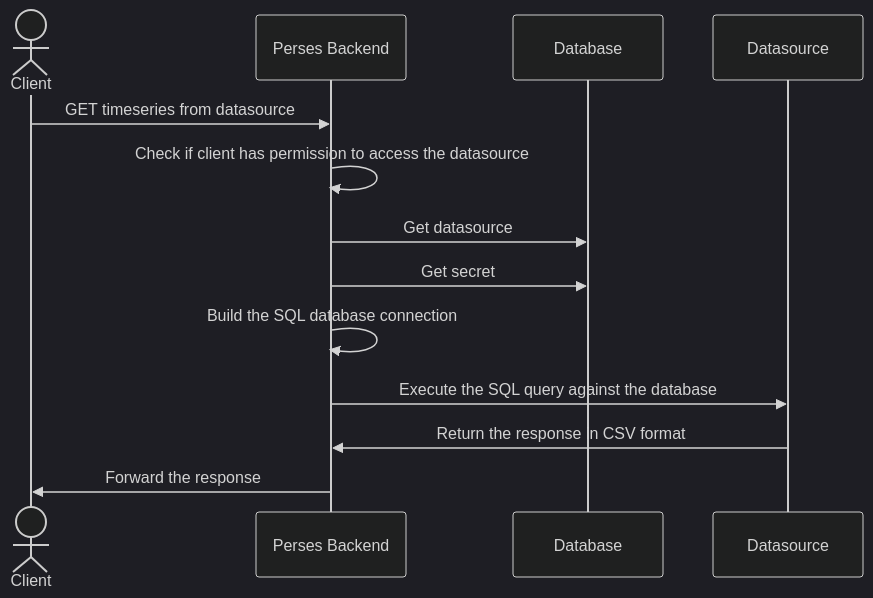
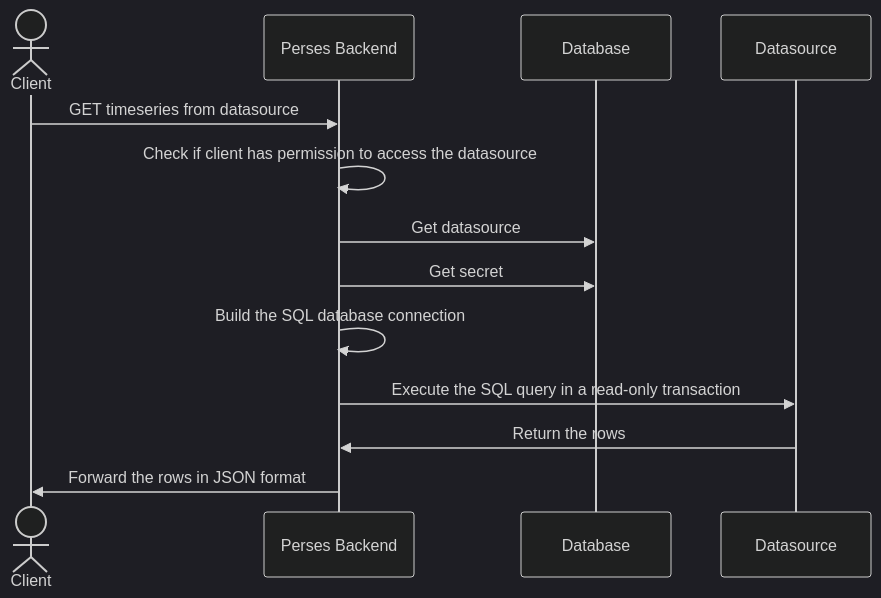
One commit to perses/perses changed the second of 2 diagrams in docs/concepts/proxy.md. Above: the diagram before and after it, drawn with Mermaid (dark theme). The commit also changed other lines of this file and 6 other files, not shown here.

First line of the commit message:
[BUGFIX] SQL proxy: fix TLS handling, read-only enforcement and driver options (#4522)

````diff
--- a/docs/concepts/proxy.md
+++ b/docs/concepts/proxy.md
@@ -119,15 +141,15 @@
 ```mermaid
 sequenceDiagram
     actor client as Client
     participant backend as Perses Backend
     participant db as Database
     participant datasource as Datasource
     client ->> backend: GET timeseries from datasource
     backend ->> backend: Check if client has permission to access the datasource
     backend ->> db: Get datasource
     backend ->> db: Get secret
     backend ->> backend: Build the SQL database connection 
-    backend ->> datasource: Execute the SQL query against the database
-    datasource ->> backend: Return the response in CSV format 
-    backend ->> client: Forward the response
+    backend ->> datasource: Execute the SQL query in a read-only transaction
+    datasource ->> backend: Return the rows
+    backend ->> client: Forward the rows in JSON format
 ```
````
